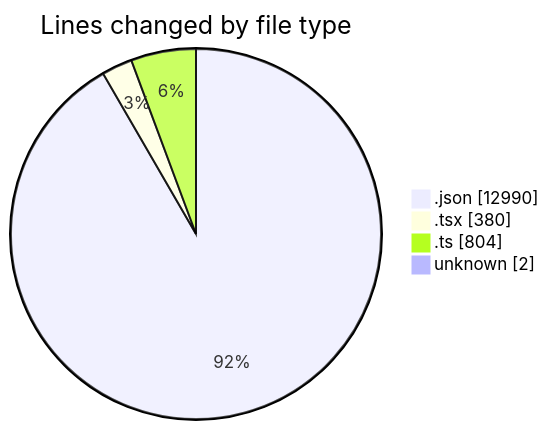
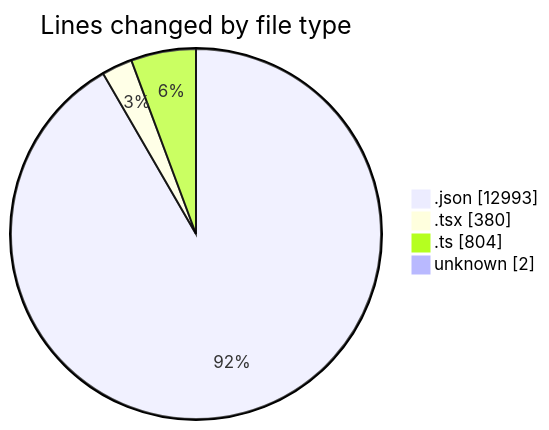
One commit to julien-gomy/code-tracking changed the first of 2 diagrams in 2025-11-19/eventscop-frontend-guide__workspace_/README.md. Above: the diagram before and after it, drawn with Mermaid. The commit also changed other lines of this file and 1 other file, not shown here.

````diff
--- a/2025-11-19/eventscop-frontend-guide__workspace_/README.md
+++ b/2025-11-19/eventscop-frontend-guide__workspace_/README.md
@@ -47,8 +48,8 @@
 ```mermaid
 pie showData
 title Lines changed by file type
-".json" : 12990
+".json" : 12993
 ".tsx" : 380
 ".ts" : 804
 "unknown" : 2
 ```
````
